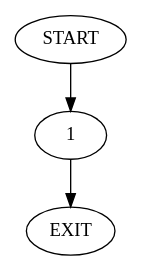
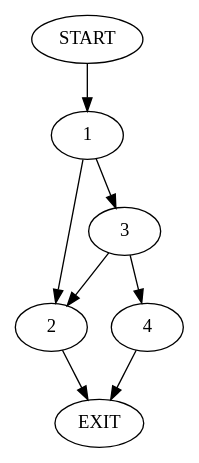
Before and after one commit to hmc-alpaqa/metrinome: the diagram in examples/cfgs/apache_cfgs/commons-scxml-0.9/org_apache_commons_scxml_model_SCXML_getInitialstate_0_basic.dot, drawn with Graphviz. The commit also changed 3 other files, not shown here.

```diff
--- a/examples/cfgs/apache_cfgs/commons-scxml-0.9/org_apache_commons_scxml_model_SCXML_getInitialstate_0_basic.dot
+++ b/examples/cfgs/apache_cfgs/commons-scxml-0.9/org_apache_commons_scxml_model_SCXML_getInitialstate_0_basic.dot
@@ -1,6 +1,11 @@
 digraph {
 0 [label="START"]
-2 [label="EXIT"]
+5 [label="EXIT"]
 0 -> 1
 1 -> 2
+1 -> 3
+2 -> 5
+3 -> 4
+3 -> 2
+4 -> 5
 }
```
